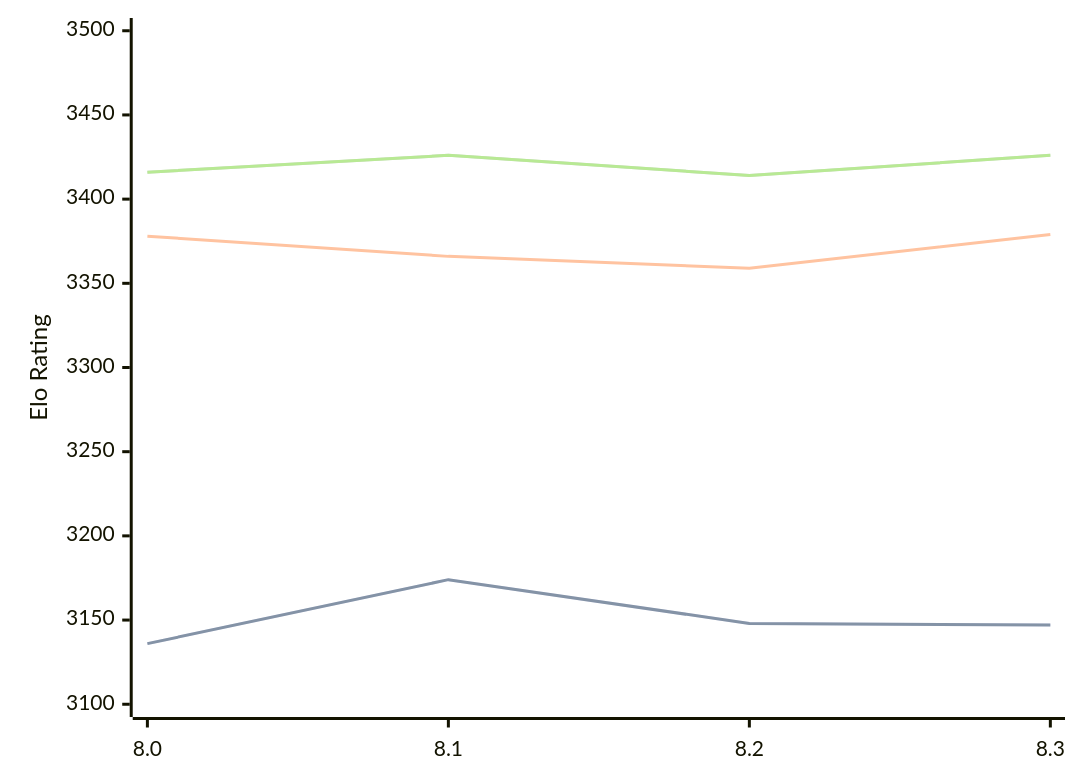
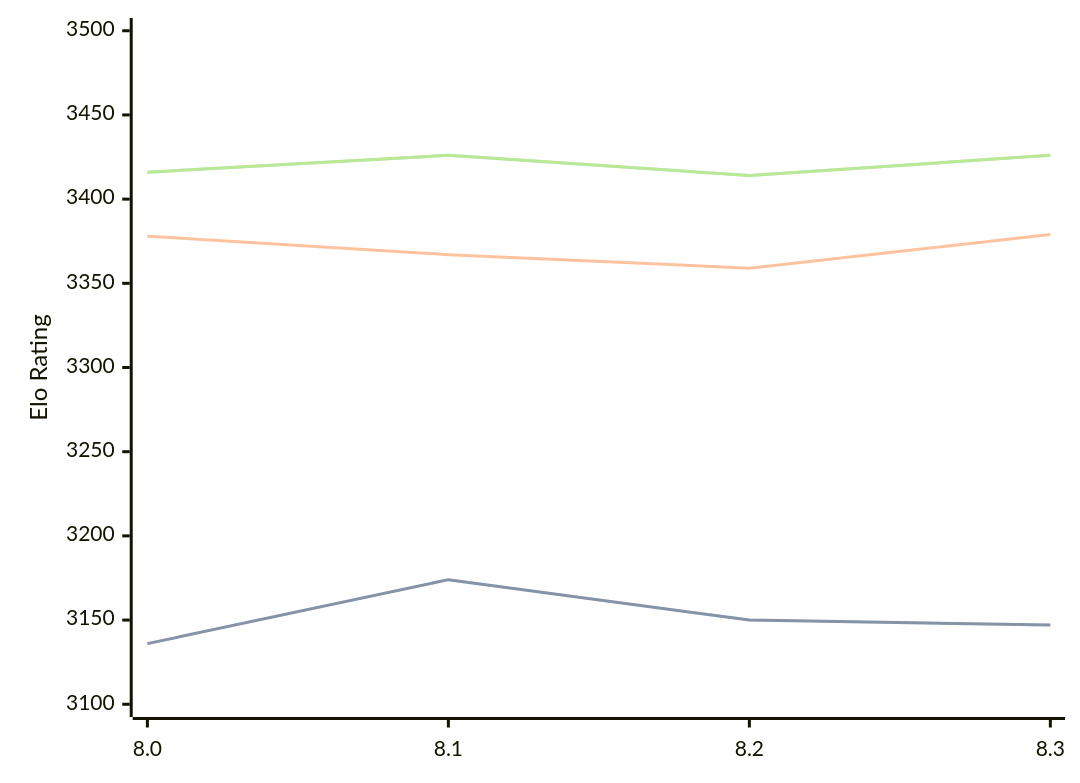
The diagram in engines/Alexander.md (computer-chess-index/cci), drawn with Mermaid before and after one commit. The commit also changed other lines of this file, not shown here.

````diff
--- a/engines/Alexander.md
+++ b/engines/Alexander.md
@@ -34,11 +34,11 @@
 ```mermaid
 %%{init: {"theme":"base","themeVariables":{"seriesColors:['#a3a3a3','#222221','#faa371']}}}%%
 xychart-beta
   x-axis ["8.0", "8.1", "8.2", "8.3"]
   y-axis "Elo Rating" 3100 --> 3500
-  line "STC (8.0+0.08s)" [3136, 3174, 3148, 3147]
-  line "STC (8.0+0.08s)" [3136, 3174, 3148, 3147]
-  line "LTC (60.0+0.60s)" [3378, 3366, 3359, 3379]
+  line "STC (8.0+0.08s)" [3136, 3174, 3150, 3147]
+  line "STC (8.0+0.08s)" [3136, 3174, 3150, 3147]
+  line "LTC (60.0+0.60s)" [3378, 3367, 3359, 3379]
   line "VLTC (2m24s+1.12s)" [3416, 3426, 3414, 3426]
   line "VLTC (2m24s+1.12s)" [3416, 3426, 3414, 3426]
 ```
````
